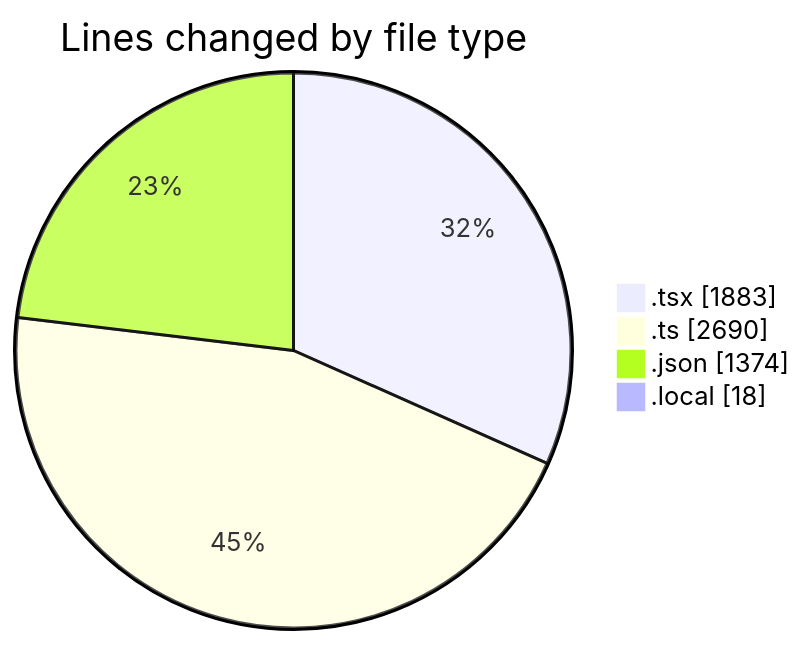
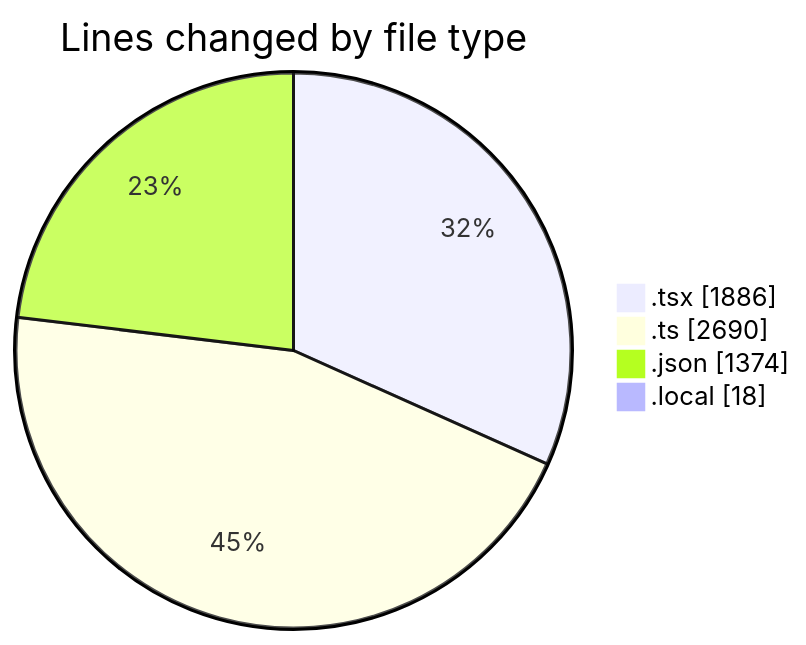
One commit to julien-gomy/code-tracking changed the first of 2 diagrams in 2025-10-16/eventscop-frontend-guide__workspace_/README.md. Above: the diagram before and after it, drawn with Mermaid. The commit also changed other lines of this file and 1 other file, not shown here.

````diff
--- a/2025-10-16/eventscop-frontend-guide__workspace_/README.md
+++ b/2025-10-16/eventscop-frontend-guide__workspace_/README.md
@@ -55,8 +55,8 @@
 ```mermaid
 pie showData
 title Lines changed by file type
-".tsx" : 1883
+".tsx" : 1886
 ".ts" : 2690
 ".json" : 1374
 ".local" : 18
 ```
````
